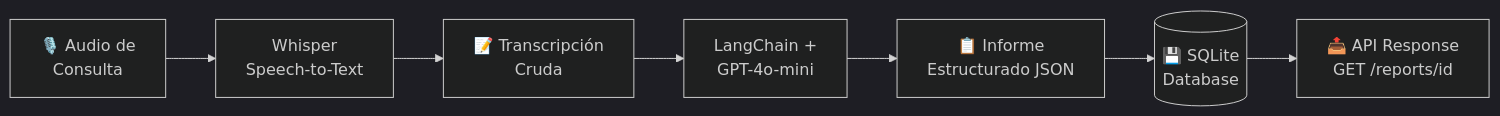
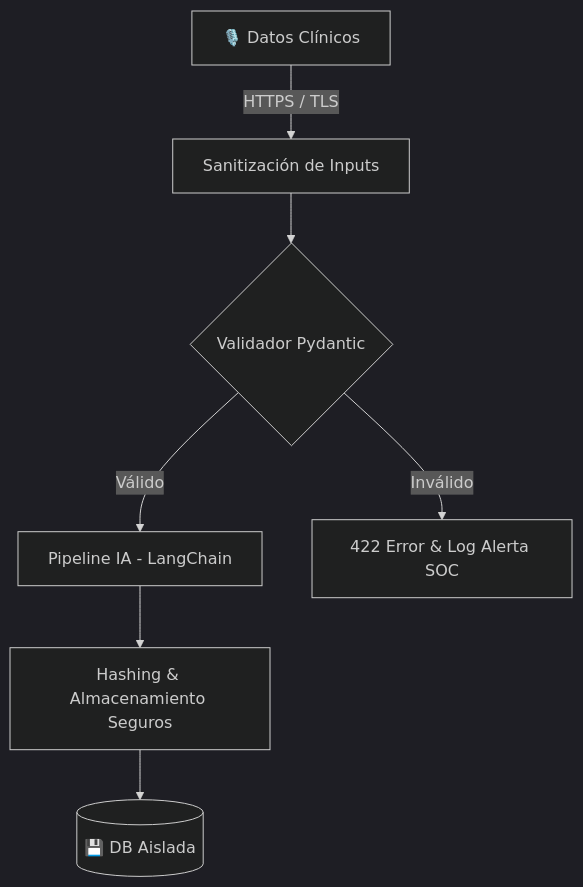
The diagram in README.md (franamaro-dev/mediscribe-ai-backend), drawn with Mermaid (dark theme) before and after one commit. The commit also changed other lines of this file and 2 other files, not shown here.

Commit message:
Refactor: Security-focused README and defensive code comments (SOC L1 Alignment)

````diff
--- a/README.md
+++ b/README.md
@@ -69,9 +65,9 @@
 ```mermaid
-flowchart LR
-    A[🎙️ Audio de<br>Consulta] --> B[Whisper<br>Speech-to-Text]
-    B --> C[📝 Transcripción<br>Cruda]
-    C --> D[LangChain +<br>GPT-4o-mini]
-    D --> E[📋 Informe<br>Estructurado JSON]
-    E --> F[(💾 SQLite<br>Database)]
-    F --> G[📤 API Response<br>GET /reports/id]
+flowchart TD
+    A[🎙️ Datos Clínicos] -->|HTTPS / TLS| B[Sanitización de Inputs]
+    B --> C{Validador Pydantic}
+    C -->|Válido| D[Pipeline IA - LangChain]
+    C -->|Inválido| E[422 Error & Log Alerta SOC]
+    D --> F[Hashing & Almacenamiento Seguros]
+    F --> G[(💾 DB Aislada)]
 ```
````
